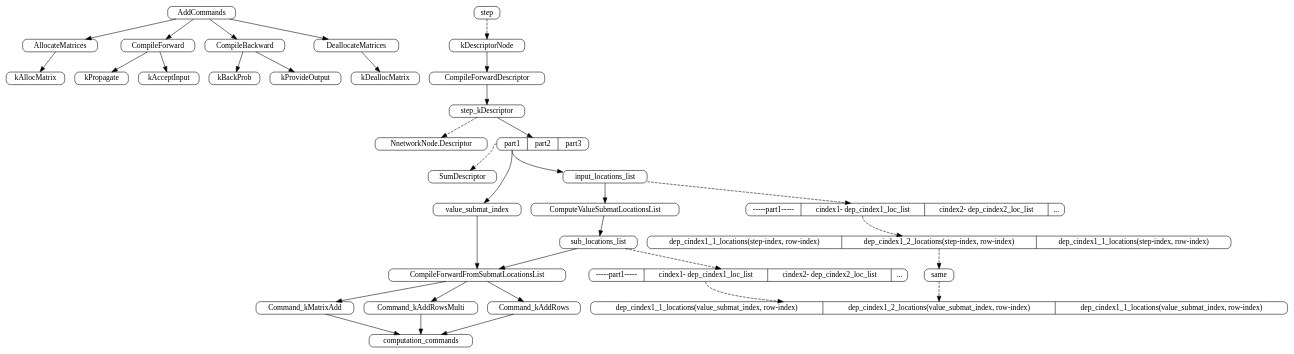
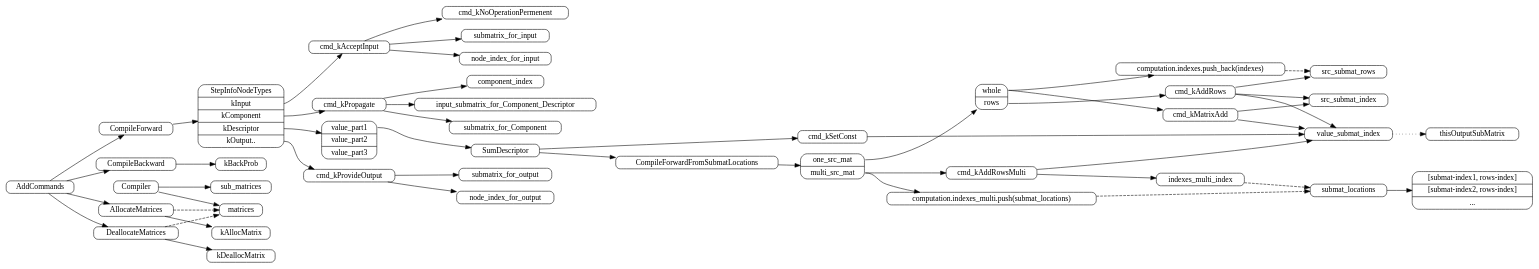
The diagram in others/dot-graph/Compile/CreateComputation-part5-Cmds.dot (Nisoka/kaldi-orgs), drawn with Graphviz before and after one commit. The commit also changed 12 other files, not shown here.

```diff
--- a/others/dot-graph/Compile/CreateComputation-part5-Cmds.dot
+++ b/others/dot-graph/Compile/CreateComputation-part5-Cmds.dot
@@ -1,50 +1,116 @@
 digraph ComputeProcess{
-        rankdir=TB
+        rankdir=LR
        
         node[shape=Mrecord, width=.1, height=.1]
 
-        AddCommands -> AllocateMatrices -> kAllocMatrix
-        AddCommands -> CompileForward -> kPropagate
-        CompileForward -> kAcceptInput
-        AddCommands -> CompileBackward -> kBackProb
-        CompileBackward -> kProvideOutput
-        AddCommands -> DeallocateMatrices -> kDeallocMatrix
-        subgraph AddDescriptorCommands{
-                step -> kDescriptorNode[style=dashed]
-                kDescriptorNode -> CompileForwardDescriptor
-                CompileForwardDescriptor -> step_kDescriptor
-
-                step_kDescriptor -> kDescriptor_node_type[style=dashed]
-                kDescriptor_node_type[label="NnetworkNode.Descriptor"]
-                
-                step_kDescriptor -> value_parts
-                value_parts[label="<1> part1 | part2 | part3"]
-                value_parts:1 -> kDescriptor_part_type[style=dashed]
-                kDescriptor_part_type[label="SumDescriptor"]
-                value_parts:1 -> value_submat_index
-
-                value_parts:1 -> input_locations_list
-                input_locations_list -> ill_comment[style=dashed]
-                ill_comment[label="-----part1----- | <cindex1_loc_list> cindex1- dep_cindex1_loc_list | cindex2- dep_cindex2_loc_list | ..."]
-                ill_comment:cindex1_loc_list -> loc_list_comment[style=dashed]
-                loc_list_comment[label="dep_cindex1_1_locations(step-index, row-index) | dep_cindex1_2_locations(step-index, row-index) | dep_cindex1_1_locations(step-index, row-index)"]
-
-                input_locations_list -> ComputeValueSubmatLocationsList -> sub_locations_list
-                sub_locations_list -> sll_comment[style=dashed]
-                sll_comment[label="-----part1----- | <cindex1_loc_list> cindex1- dep_cindex1_loc_list | cindex2- dep_cindex2_loc_list | ..."]
-                sll_comment:cindex1_loc_list -> sub_loc_list_comment[style=dashed]
-                sub_loc_list_comment[label="dep_cindex1_1_locations(value_submat_index, row-index) | dep_cindex1_2_locations(value_submat_index, row-index) | dep_cindex1_1_locations(value_submat_index, row-index)"]
-                loc_list_comment -> same -> sub_loc_list_comment[style=dashed]
+        subgraph Compiler{
+                 Compiler -> matrices
+                 Compiler -> sub_matrices
+                 
+                 
+        }
 
 
-                sub_locations_list -> CompileForwardFromSubmatLocationsList
-                value_submat_index -> CompileForwardFromSubmatLocationsList
-                // CompileForwardFromSubmatLocationsList -> SplitLocations
+        subgraph allocAndDealloc{
+                AddCommands -> AllocateMatrices -> kAllocMatrix
+                AllocateMatrices -> matrices[style=dashed]
+
+
+                AddCommands -> DeallocateMatrices -> kDeallocMatrix
+                DeallocateMatrices -> matrices[style=dashed]
+        }
+
+
+        subgraph compileForward{
+
+                AddCommands -> CompileForward->StepInfoNodeTypes
+        
+                StepInfoNodeTypes[label="StepInfoNodeTypes |<input> kInput | <component> kComponent | <descriptor> kDescriptor | <output> kOutput.. "]
+
+// For Input
+                StepInfoNodeTypes:input -> cmd_kAcceptInput -> cmd_kNoOperationPermenent
+                cmd_kAcceptInput -> submatrix_for_input
+                cmd_kAcceptInput -> node_index_for_input
+
                 
-                CompileForwardFromSubmatLocationsList -> Command_kAddRows -> computation_commands
-                CompileForwardFromSubmatLocationsList -> Command_kMatrixAdd -> computation_commands
-                CompileForwardFromSubmatLocationsList -> Command_kAddRowsMulti -> computation_commands
+// For Component
+                StepInfoNodeTypes:component -> cmd_kPropagate
+                cmd_kPropagate -> component_index
+                cmd_kPropagate -> input_submatrix_for_Component_Descriptor
+                cmd_kPropagate -> submatrix_for_Component
+
+
+
+
+// For Descriptor
+                StepInfoNodeTypes:descriptor -> value_parts
+                value_parts[label="<1> value_part1 | value_part2 | value_part3"]
+
+// Descriptor part sumDescriptor
+
+                value_parts:1 -> SumDescriptor
+                SumDescriptor -> cmd_kSetConst
+                cmd_kSetConst -> value_submat_index
+
+                value_submat_index -> thisOutputSubMatrix[style=dotted]
+
+
+// SumDescriptor add kMatrixAdd kAddRows kAddRowsMulti
+
+                SumDescriptor -> CompileForwardFromSubmatLocations
+                CompileForwardFromSubmatLocations -> split_lists
+                split_lists[label="<1> one_src_mat | <2> multi_src_mat"]
+
+                split_lists:1 -> if_whole_subMatrix
+                if_whole_subMatrix[label="<whole> whole | <rows> rows"]
+
+                if_whole_subMatrix:whole -> cmd_kMatrixAdd
+                cmd_kMatrixAdd -> value_submat_index
+                cmd_kMatrixAdd -> src_submat_index
+
+
+                if_whole_subMatrix:whole -> computation_indexes_push_src_rows
+                computation_indexes_push_src_rows[label="computation.indexes.push_back(indexes)"]
+        
+        
+                if_whole_subMatrix:rows -> cmd_kAddRows
+                cmd_kAddRows -> value_submat_index
+                cmd_kAddRows -> src_submat_index
+                cmd_kAddRows -> src_submat_rows
+                computation_indexes_push_src_rows -> src_submat_rows[style=dashed]
+
+
+
+                split_lists:2 -> computation_indexes_multi_push_multi_src_rows
+                computation_indexes_multi_push_multi_src_rows[label="computation.indexes_multi.push(submat_locations)"]
+        
+                split_lists:2 -> cmd_kAddRowsMulti
+                cmd_kAddRowsMulti -> value_submat_index
+                cmd_kAddRowsMulti -> indexes_multi_index
+
+                indexes_multi_index -> submat_locations[style=dashed]
+                submat_locations -> submat_locations_comment[label=""]
+                submat_locations_comment[label="[submat-index1, rows-index] | [submat-index2, rows-index] |..."]
+
+                computation_indexes_multi_push_multi_src_rows -> submat_locations[style=dashed]
+
+
+
+// For Output
+                StepInfoNodeTypes:output -> cmd_kProvideOutput
+                cmd_kProvideOutput -> submatrix_for_output
+                cmd_kProvideOutput -> node_index_for_output
 
         }
 
-}
+
+
+        
+
+        
+        
+
+
+
+        AddCommands -> CompileBackward -> kBackProb
+ }
```
